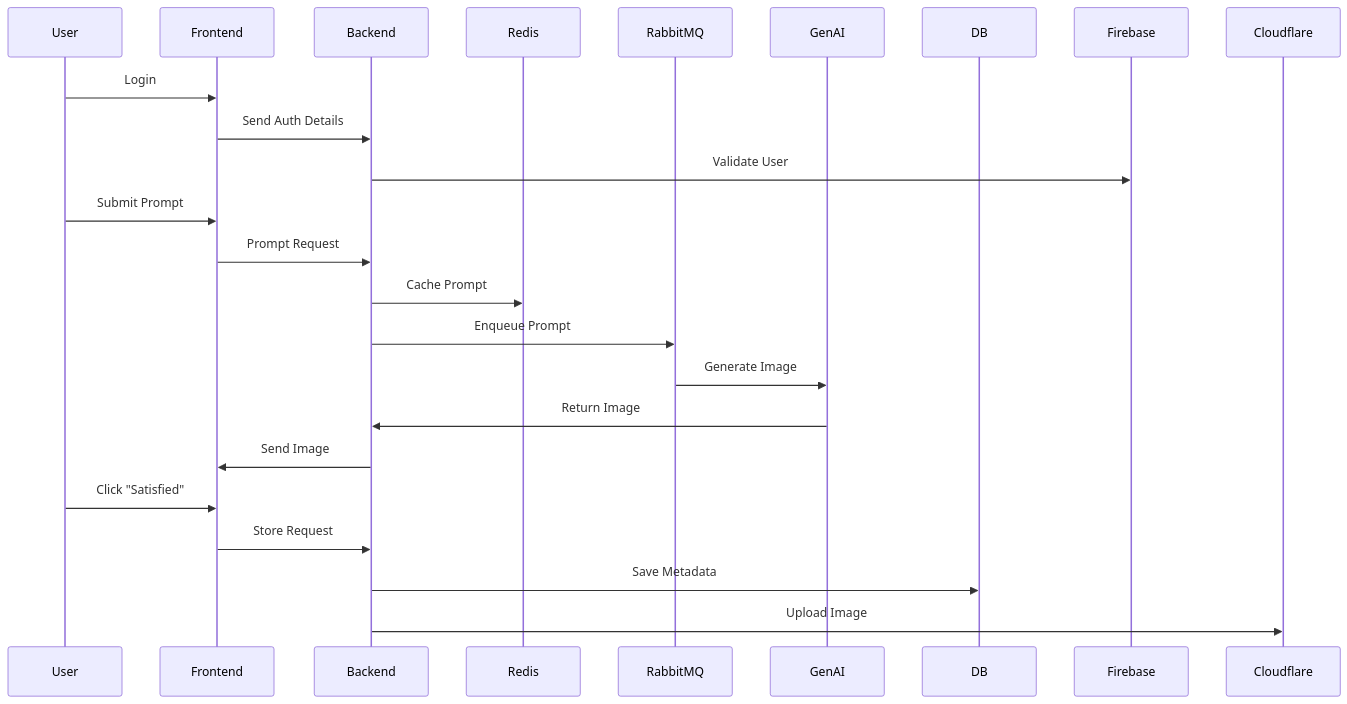
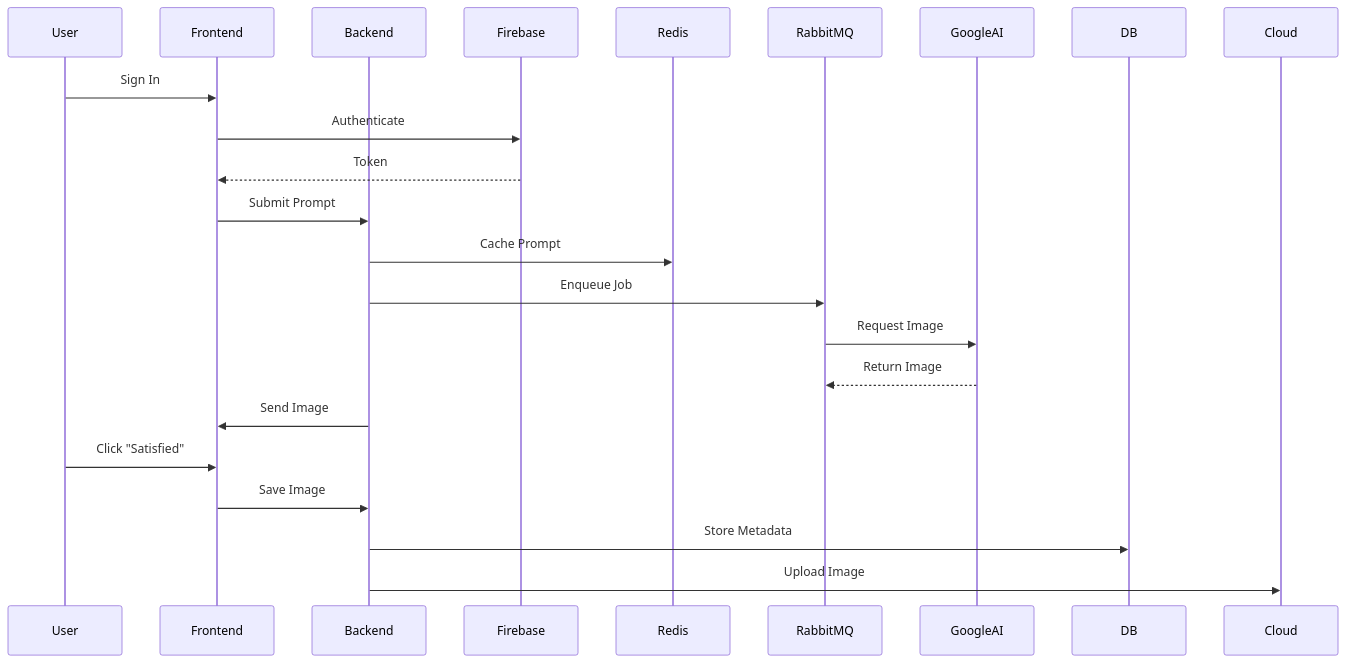
The second of 3 diagrams in README.md (jayanth119/imagen), drawn with Mermaid before and after one commit. The commit also changed other lines of this file, not shown here.

````diff
--- a/README.md
+++ b/README.md
@@ -78,25 +45,26 @@
 ```mermaid
 sequenceDiagram
     participant User
     participant Frontend
     participant Backend
+    participant Firebase
     participant Redis
     participant RabbitMQ
-    participant GenAI
+    participant GoogleAI
     participant DB
+    participant Cloud
 
-    User->>Frontend: Login
-    Frontend->>Backend: Send Auth Details
-    Backend->>Firebase: Validate User
-    User->>Frontend: Submit Prompt
-    Frontend->>Backend: Prompt Request
+    User->>Frontend: Sign In
+    Frontend->>Firebase: Authenticate
+    Firebase-->>Frontend: Token
+    Frontend->>Backend: Submit Prompt
     Backend->>Redis: Cache Prompt
-    Backend->>RabbitMQ: Enqueue Prompt
-    RabbitMQ->>GenAI: Generate Image
-    GenAI->>Backend: Return Image
+    Backend->>RabbitMQ: Enqueue Job
+    RabbitMQ->>GoogleAI: Request Image
+    GoogleAI-->>RabbitMQ: Return Image
     Backend->>Frontend: Send Image
     User->>Frontend: Click "Satisfied"
-    Frontend->>Backend: Store Request
-    Backend->>DB: Save Metadata
-    Backend->>Cloudflare: Upload Image
+    Frontend->>Backend: Save Image
+    Backend->>DB: Store Metadata
+    Backend->>Cloud: Upload Image
 ```
````
